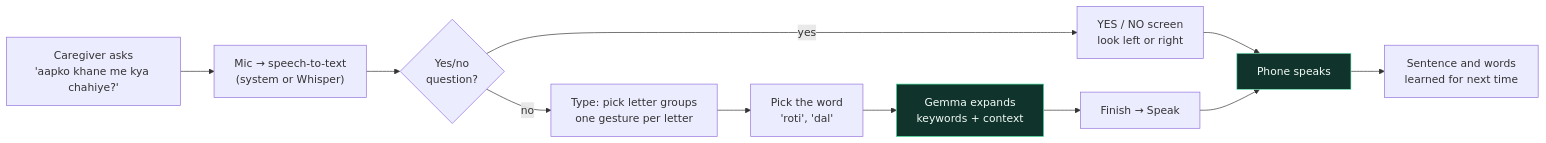
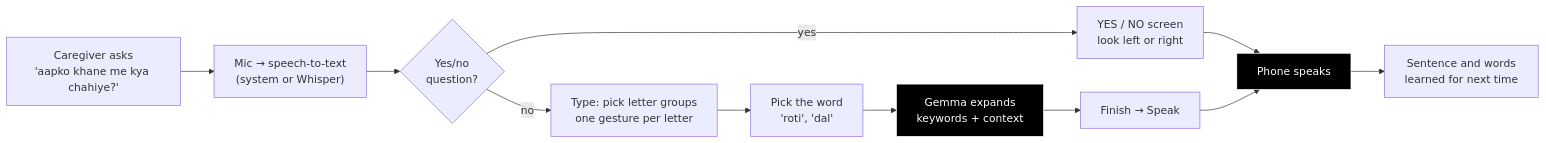
The first of 3 diagrams in README.md (mridulbansal4/Vakyam_2), drawn with Mermaid before and after one commit. The commit also changed other lines of this file and 1 other file, not shown here.

````diff
--- a/README.md
+++ b/README.md
@@ -177,15 +181,15 @@
 ```mermaid
 flowchart LR
     A["Caregiver asks<br/>'aapko khane me kya chahiye?'"] --> B["Mic → speech-to-text<br/>(system or Whisper)"]
     B --> C{"Yes/no<br/>question?"}
     C -- yes --> D["YES / NO screen<br/>look left or right"]
     C -- no --> E["Type: pick letter groups<br/>one gesture per letter"]
     E --> F["Pick the word<br/>'roti', 'dal'"]
     F --> G["Gemma expands<br/>keywords + context"]
     G --> H["Finish → Speak"]
     D --> I["Phone speaks"]
     H --> I
     I --> J["Sentence and words<br/>learned for next time"]
-    style G fill:#10332b,stroke:#3ddc97,color:#f3fbf7
-    style I fill:#10332b,stroke:#7cf0c0,color:#f3fbf7
+    style G fill:#000000,stroke:#ffffff,color:#ffffff
+    style I fill:#000000,stroke:#ffffff,color:#ffffff
 ```
````
